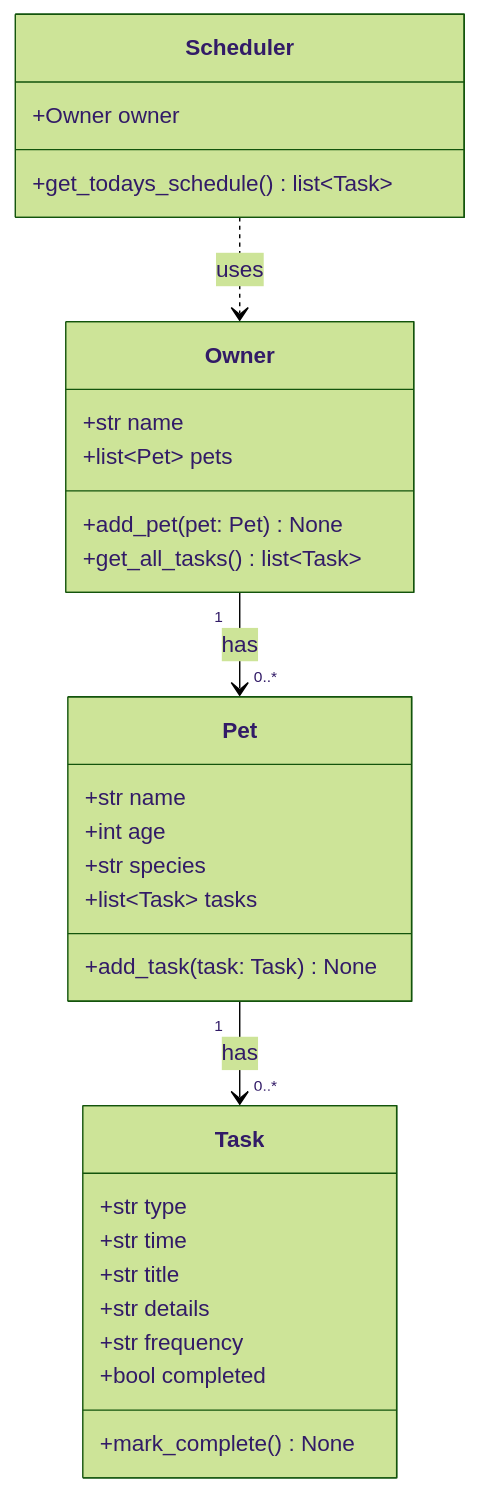
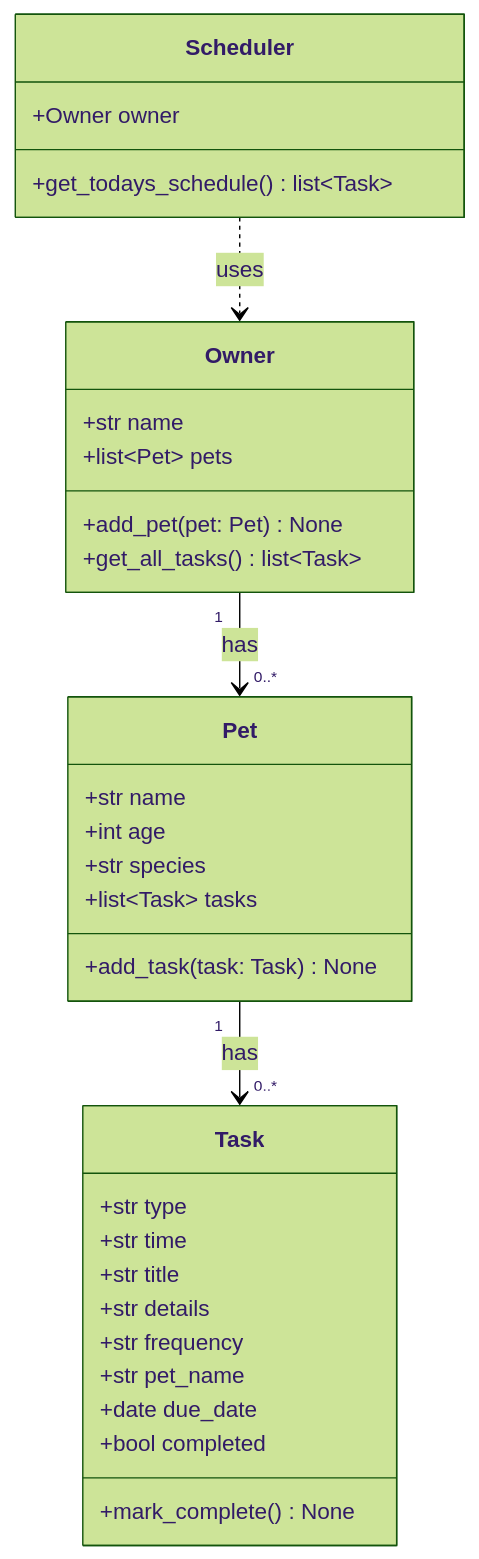
Before and after one commit to Sidra25825/ai110-module2show-pawpal-starter: the diagram in diagrams/uml_draft.mmd, drawn with Mermaid (forest theme). The commit also changed 2 other files, not shown here.

Commit message:
refactor: add pet_name and due_date to Task

```diff
--- a/diagrams/uml_draft.mmd
+++ b/diagrams/uml_draft.mmd
@@ -1,36 +1,38 @@
 classDiagram
     %% Keep this file updated so it matches your final implementation.
 
     class Owner {
         +str name
         +list~Pet~ pets
         +add_pet(pet: Pet) None
         +get_all_tasks() list~Task~
     }
 
     class Pet {
         +str name
         +int age
         +str species
         +list~Task~ tasks
         +add_task(task: Task) None
     }
 
     class Task {
         +str type
         +str time
         +str title
         +str details
         +str frequency
+        +str pet_name
+        +date due_date
         +bool completed
         +mark_complete() None
     }
 
     class Scheduler {
         +Owner owner
         +get_todays_schedule() list~Task~
     }
 
     Owner "1" --> "0..*" Pet : has
     Pet "1" --> "0..*" Task : has
     Scheduler ..> Owner : uses
```
